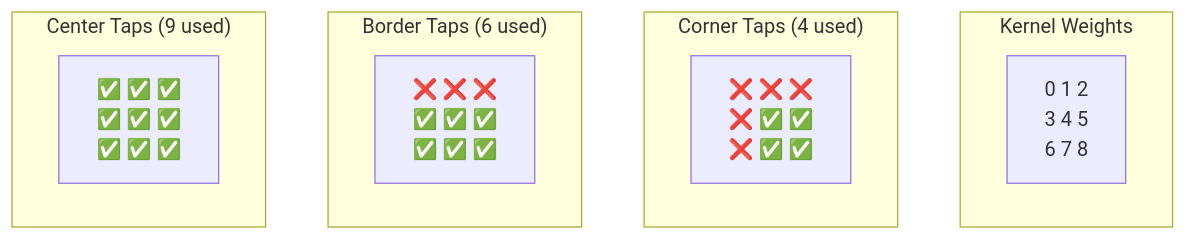
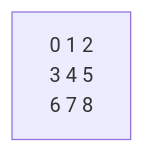
One commit to jalcim/logilib changed the seventh of 10 diagrams in src/tensor/README.md. Above: the diagram before and after it, drawn with Mermaid. The commit also changed other lines of this file and 1 other file, not shown here.

Commit message:
litle mermaid

````diff
--- a/src/tensor/README.md
+++ b/src/tensor/README.md
@@ -193,19 +130,4 @@
 ```mermaid
 graph TD
-    subgraph "Kernel Weights"
-        K[0 1 2<br/>3 4 5<br/>6 7 8]
-    end
-
-    subgraph "Corner Taps (4 used)"
-        C[❌ ❌ ❌<br/>❌ ✅ ✅<br/>❌ ✅ ✅]
-    end
-
-    subgraph "Border Taps (6 used)"
-        B[❌ ❌ ❌<br/>✅ ✅ ✅<br/>✅ ✅ ✅]
-    end
-
-    subgraph "Center Taps (9 used)"
-        A[✅ ✅ ✅<br/>✅ ✅ ✅<br/>✅ ✅ ✅]
-    end
-
+    K[0 1 2<br/>3 4 5<br/>6 7 8]
 ```
````
